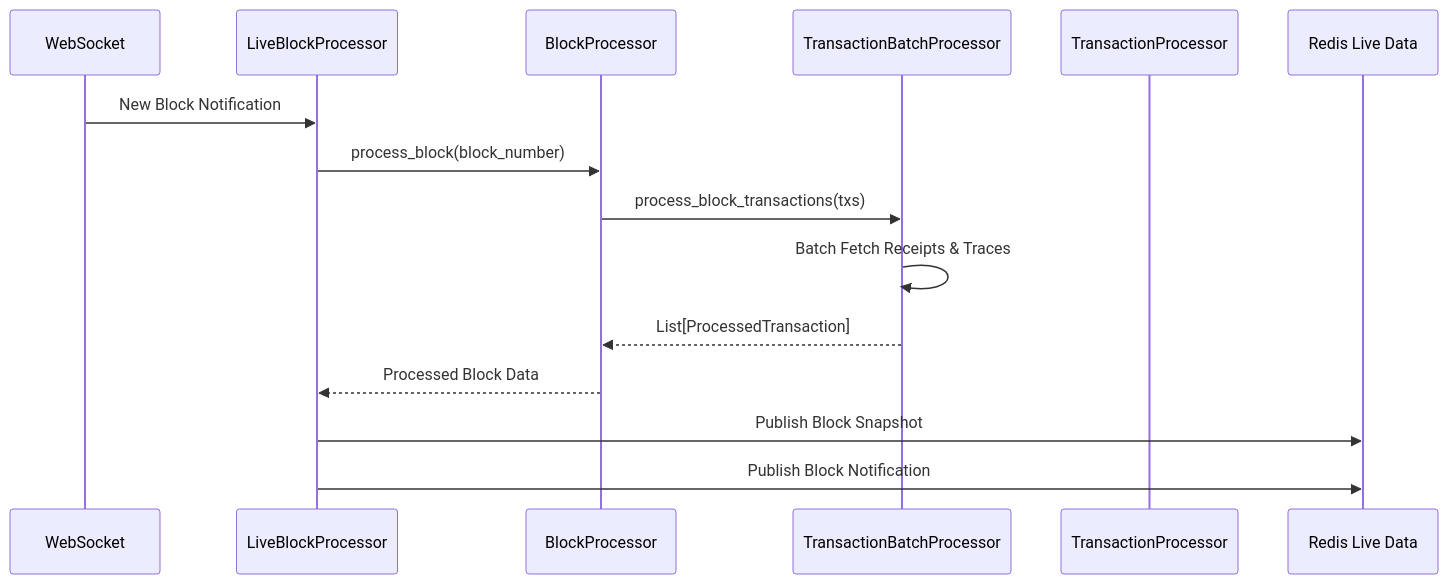
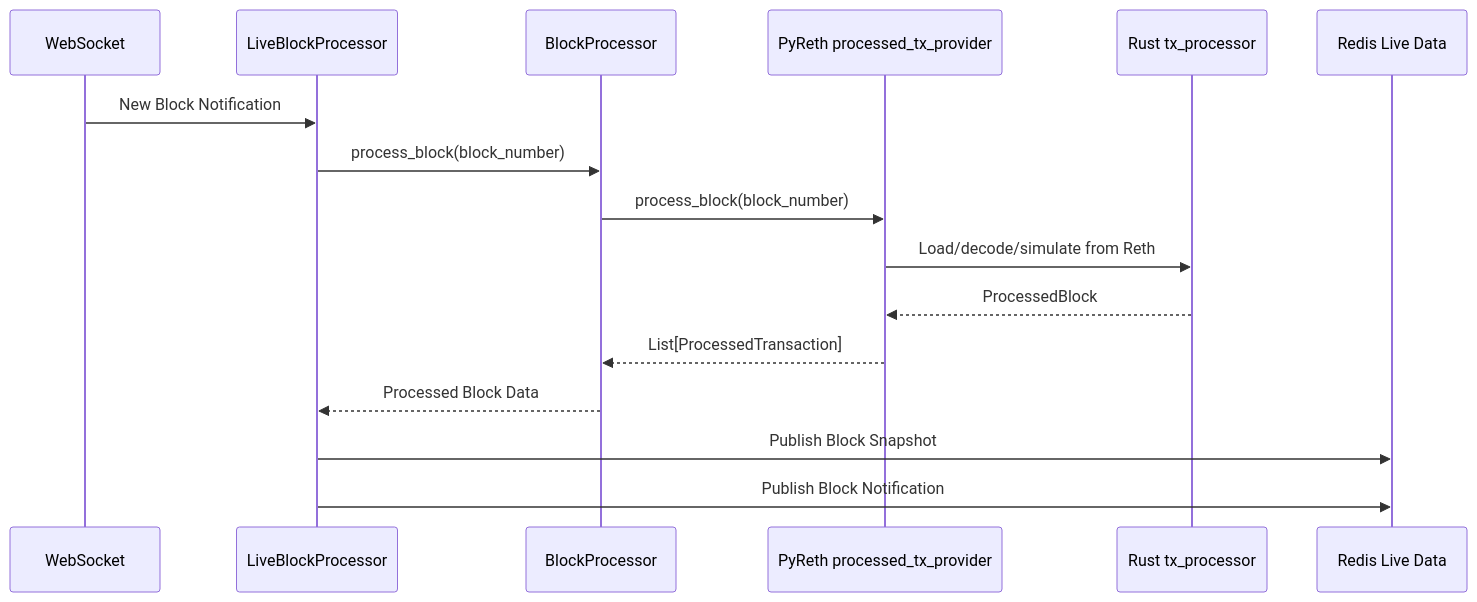
The second of 2 diagrams in pyeth/eth_data/README.md (NimaMan/eth), drawn with Mermaid before and after one commit. The commit also changed other lines of this file and 42 other files, not shown here.

````diff
--- a/pyeth/eth_data/README.md
+++ b/pyeth/eth_data/README.md
@@ -89,18 +67,19 @@
 ```mermaid
 sequenceDiagram
     participant WS as WebSocket
     participant LBP as LiveBlockProcessor
     participant BP as BlockProcessor
-    participant TBP as TransactionBatchProcessor
-    participant TP as TransactionProcessor
+    participant PyReth as PyReth processed_tx_provider
+    participant Rust as Rust tx_processor
     participant Redis as Redis Live Data
 
     WS->>LBP: New Block Notification
     LBP->>BP: process_block(block_number)
-    BP->>TBP: process_block_transactions(txs)
-    TBP->>TBP: Batch Fetch Receipts & Traces
-    TBP-->>BP: List[ProcessedTransaction]
+    BP->>PyReth: process_block(block_number)
+    PyReth->>Rust: Load/decode/simulate from Reth
+    Rust-->>PyReth: ProcessedBlock
+    PyReth-->>BP: List[ProcessedTransaction]
     BP-->>LBP: Processed Block Data
     LBP->>Redis: Publish Block Snapshot
     LBP->>Redis: Publish Block Notification
 ```
````
